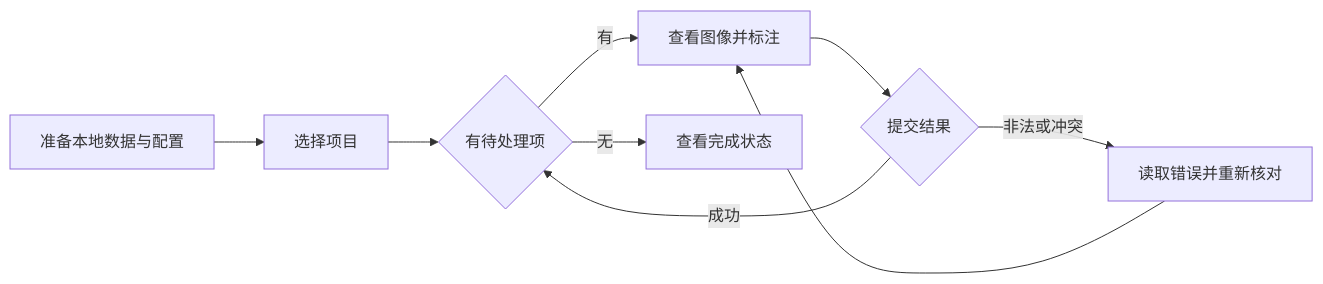
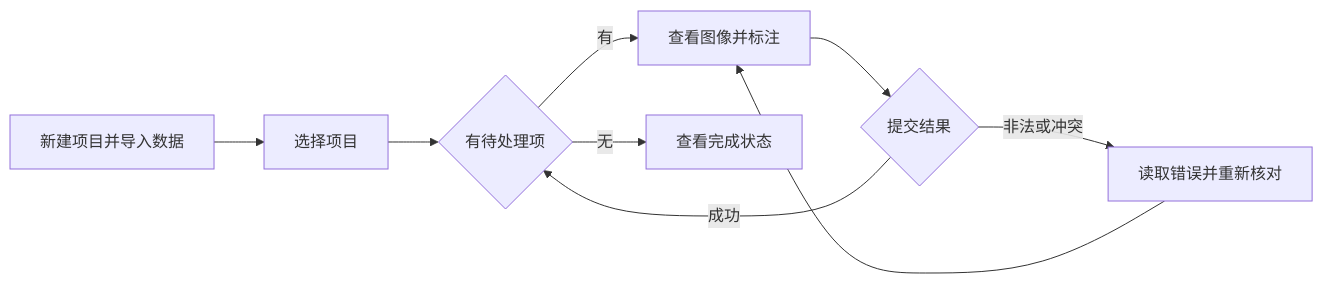
One commit to seagochen/annotation-toolkits changed the diagram in docs/requirements/10_角色与场景.md. Above: the diagram before and after it, drawn with Mermaid. The commit also changed other lines of this file and 14 other files, not shown here.

````diff
--- a/docs/requirements/10_角色与场景.md
+++ b/docs/requirements/10_角色与场景.md
@@ -18,11 +18,11 @@
 ```mermaid
 flowchart LR
-    Prepare[准备本地数据与配置] --> Projects[选择项目]
+    Prepare[新建项目并导入数据] --> Projects[选择项目]
     Projects --> Queue{有待处理项}
     Queue -->|有| Annotate[查看图像并标注]
     Annotate --> Submit{提交结果}
     Submit -->|成功| Queue
     Submit -->|非法或冲突| Error[读取错误并重新核对]
     Error --> Annotate
     Queue -->|无| Done[查看完成状态]
 ```
````
